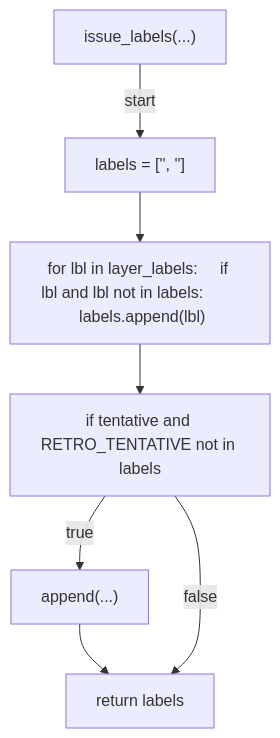
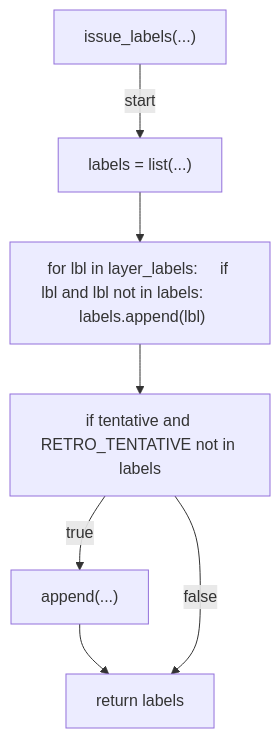
Diagram 15 of 15 in docs/generated/scripts/ast/_auto_retro_render.md (tvna/claude-md), drawn with Mermaid before and after one commit. The commit also changed 2 other files, not shown here.

Commit message:
docs(generated): regenerate decision tree and workflow diagrams
Refs #960

````diff
--- a/docs/generated/scripts/ast/_auto_retro_render.md
+++ b/docs/generated/scripts/ast/_auto_retro_render.md
@@ -315,15 +315,15 @@
 ```mermaid
 flowchart TD
     N001["issue_labels(...)"]
-    N002["labels = ['<str>', '<str>']"]
+    N002["labels = list(...)"]
     N003["for lbl in layer_labels:     if lbl and lbl not in labels:         labels.append(lbl)"]
     N004["if tentative and RETRO_TENTATIVE not in labels"]
     N005["append(...)"]
     N006["return labels"]
     N001 -->|"start"| N002
     N002 --> N003
     N003 --> N004
     N004 -->|"true"| N005
     N005 --> N006
     N004 -->|"false"| N006
 ```
````
